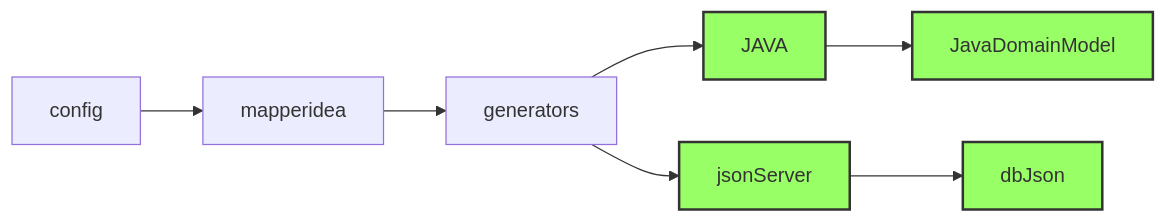
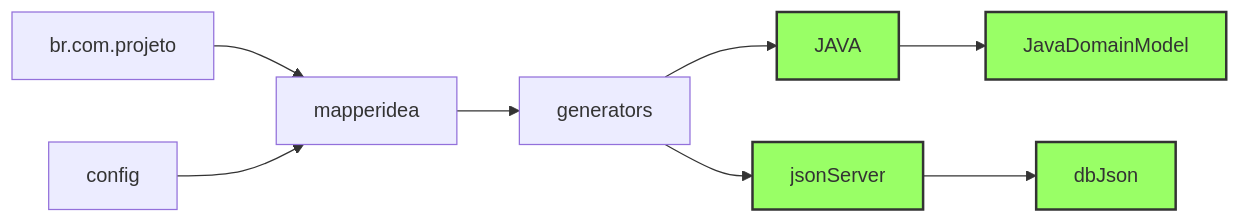
One commit to HamiltonVentura/MapperIdea changed the second of 2 diagrams in mapeando-codigo.md. Above: the diagram before and after it, drawn with Mermaid.

````diff
--- a/mapeando-codigo.md
+++ b/mapeando-codigo.md
@@ -14,14 +14,15 @@
 ```mermaid
     flowchart LR
+        br.com.projeto --> mapperidea
         config --> mapperidea;
         mapperidea --> generators;
         generators --> JAVA;
         generators --> jsonServer;
         JAVA --> JavaDomainModel;
         jsonServer --> dbJson;
 
 style JAVA fill:#9f6,stroke:#333,stroke-width:2px;
 style jsonServer fill:#9f6,stroke:#333,stroke-width:2px;
 style JavaDomainModel fill:#9f6,stroke:#333,stroke-width:2px;
 style dbJson fill:#9f6,stroke:#333,stroke-width:2px;
 ```
````
